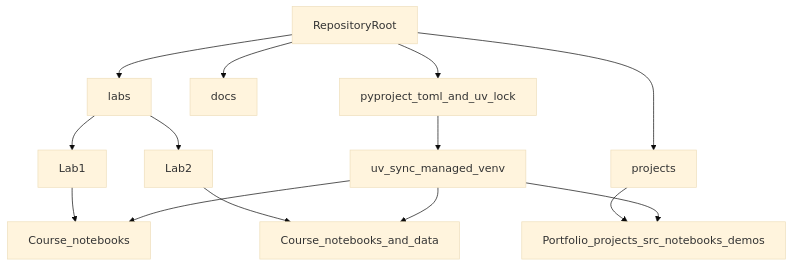
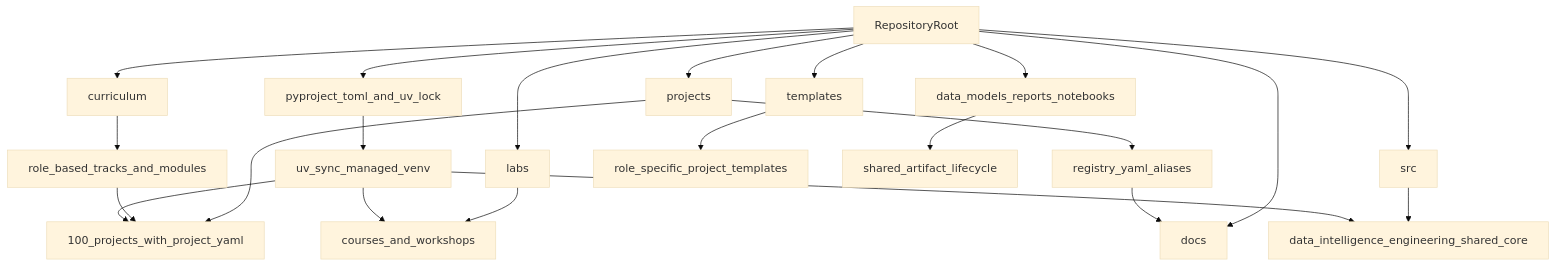
One commit to Quantumquirkz/Data-Science---Engineer---Analytics changed the second of 2 diagrams in README.md. Above: the diagram before and after it, drawn with Mermaid (base theme). The commit also changed other lines of this file and 88 other files, not shown here.

First line of the commit message:
Add shared core architecture shell

````diff
--- a/README.md
+++ b/README.md
@@ -27,17 +29,25 @@
 ```mermaid
 flowchart TB
   root[RepositoryRoot]
+  root --> curriculumDir[curriculum]
   root --> labsDir[labs]
   root --> projectsDir[projects]
+  root --> templatesDir[templates]
+  root --> srcDir[src]
+  root --> dataDir[data_models_reports_notebooks]
   root --> docsDir[docs]
   root --> cfg[pyproject_toml_and_uv_lock]
-  labsDir --> lab1Dir[Lab1]
-  labsDir --> lab2Dir[Lab2]
-  lab1Dir --> courseNB1[Course_notebooks]
-  lab2Dir --> courseNB2[Course_notebooks_and_data]
-  projectsDir --> portfolio[Portfolio_projects_src_notebooks_demos]
+  curriculumDir --> tracks[role_based_tracks_and_modules]
+  labsDir --> coursesDir[courses_and_workshops]
+  projectsDir --> portfolio[100_projects_with_project_yaml]
+  projectsDir --> registry[registry_yaml_aliases]
+  templatesDir --> families[role_specific_project_templates]
+  srcDir --> sharedCore[data_intelligence_engineering_shared_core]
+  dataDir --> lifecycle[shared_artifact_lifecycle]
   cfg --> env[uv_sync_managed_venv]
-  env --> courseNB1
-  env --> courseNB2
+  tracks --> portfolio
+  registry --> docsDir
+  env --> coursesDir
   env --> portfolio
+  env --> sharedCore
 ```
````
